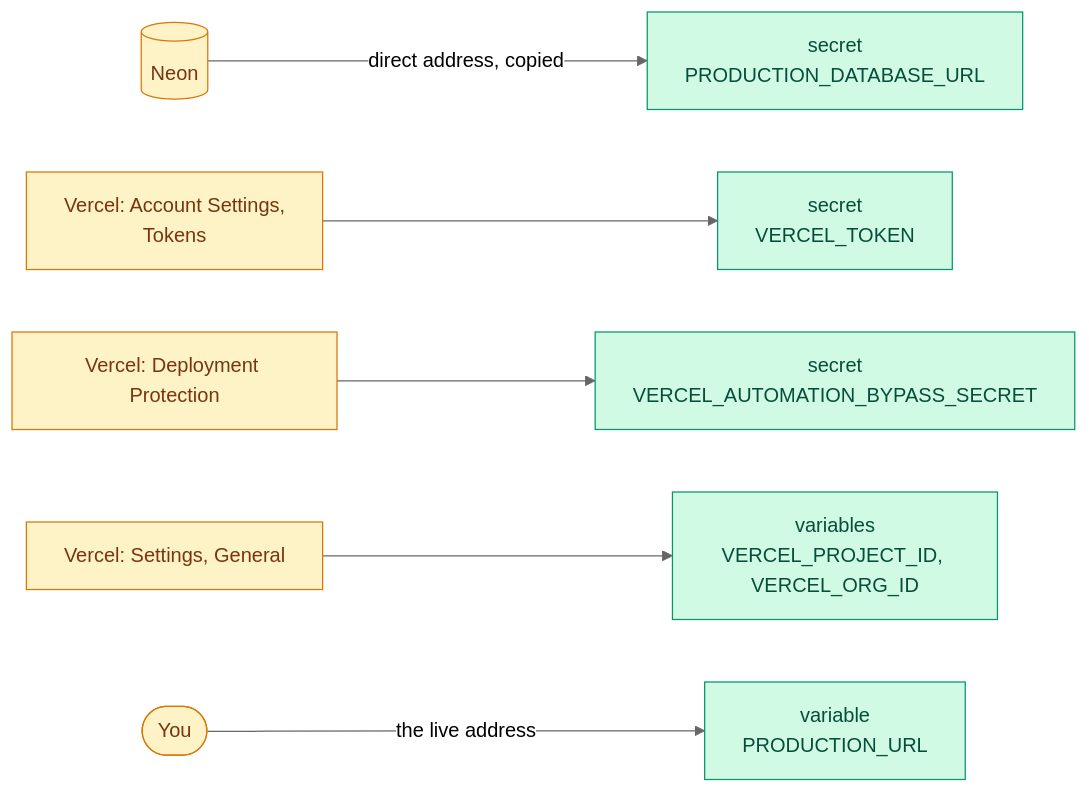
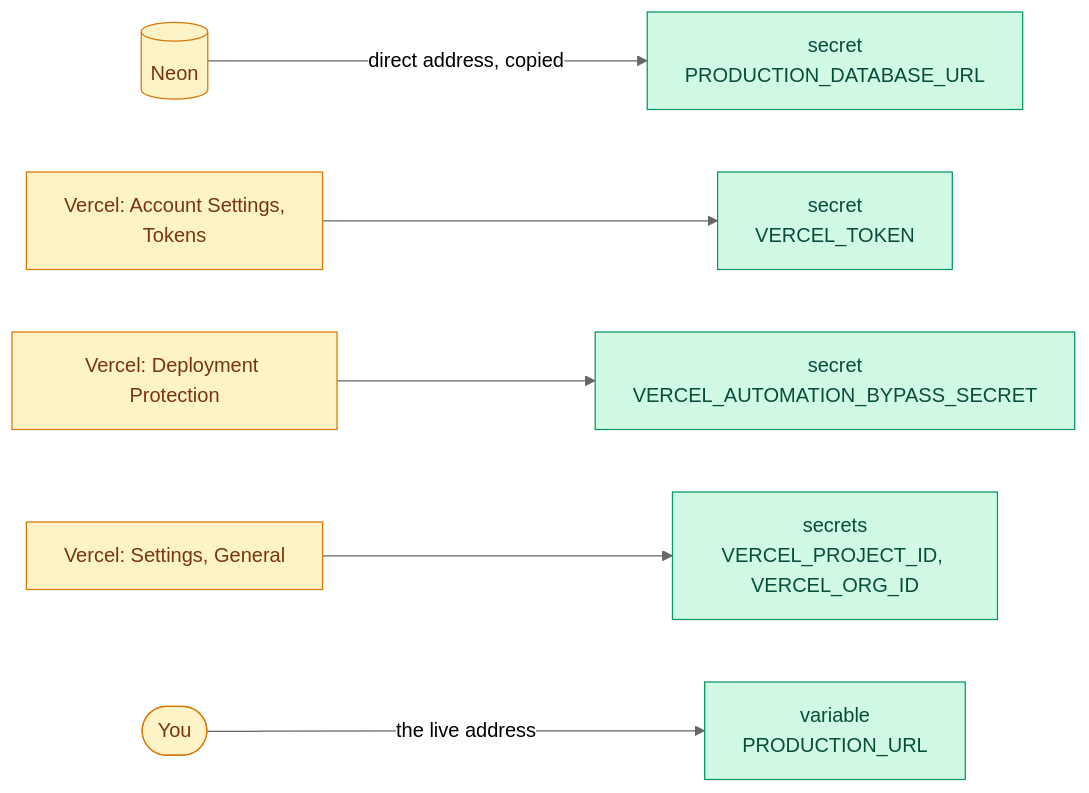
Before and after one commit to tomdevtech/ExoFinder: the fifth of 12 diagrams in docs/DEPLOYMENT.md, drawn with Mermaid (neutral theme). The commit also changed other lines of this file and 3 other files, not shown here.

First line of the commit message:
Go live through Vercel's API, and keep the ids of the project out of the log

````diff
--- a/docs/DEPLOYMENT.md
+++ b/docs/DEPLOYMENT.md
@@ -98,11 +98,11 @@
 ```mermaid
 flowchart LR
     Neon[(Neon)]:::source -->|direct address, copied| PDU[secret<br>PRODUCTION_DATABASE_URL]:::target
     Tokens[Vercel: Account Settings,<br>Tokens]:::source --> VT[secret<br>VERCEL_TOKEN]:::target
     Prot[Vercel: Deployment Protection]:::source --> VB[secret<br>VERCEL_AUTOMATION_BYPASS_SECRET]:::target
-    Gen[Vercel: Settings, General]:::source --> IDS[variables<br>VERCEL_PROJECT_ID, VERCEL_ORG_ID]:::target
+    Gen[Vercel: Settings, General]:::source --> IDS[secrets<br>VERCEL_PROJECT_ID, VERCEL_ORG_ID]:::target
     You([You]):::source -->|the live address| PURL[variable<br>PRODUCTION_URL]:::target
 
     classDef source fill:#fef3c7,stroke:#d97706,color:#78350f
     classDef target fill:#d1fae5,stroke:#059669,color:#064e3b
 ```
````
